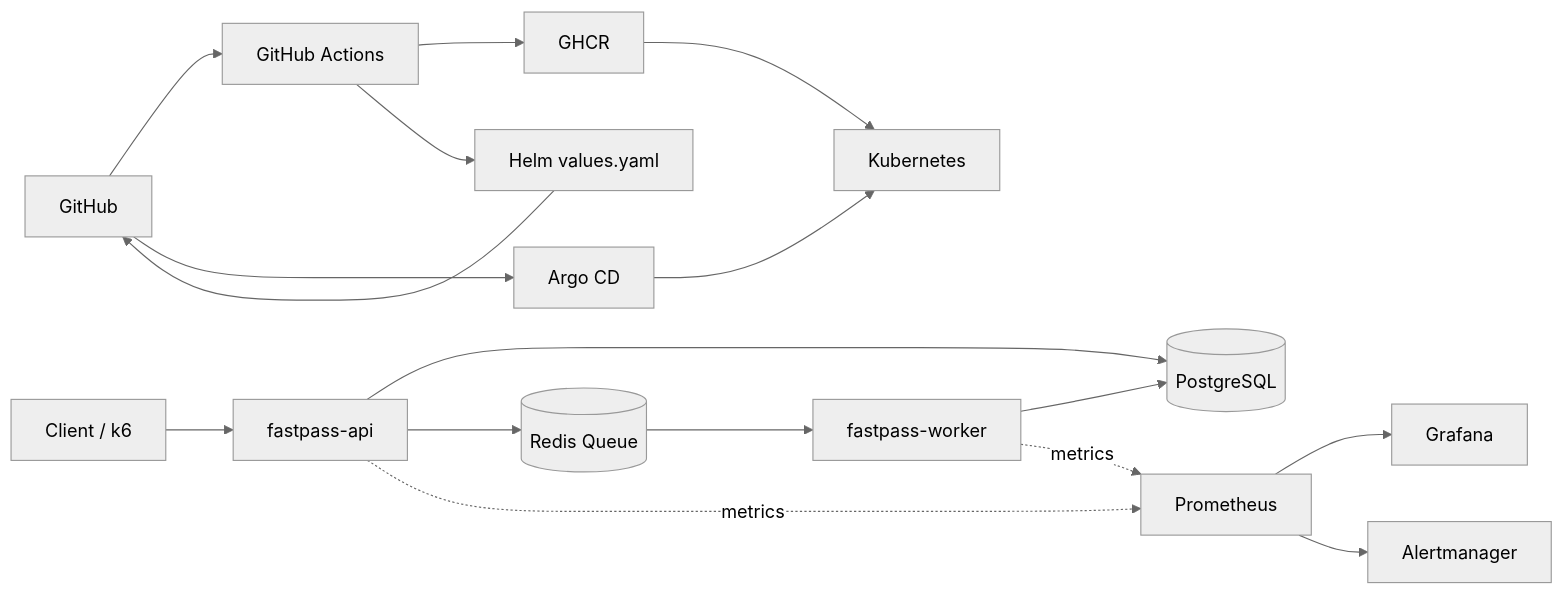
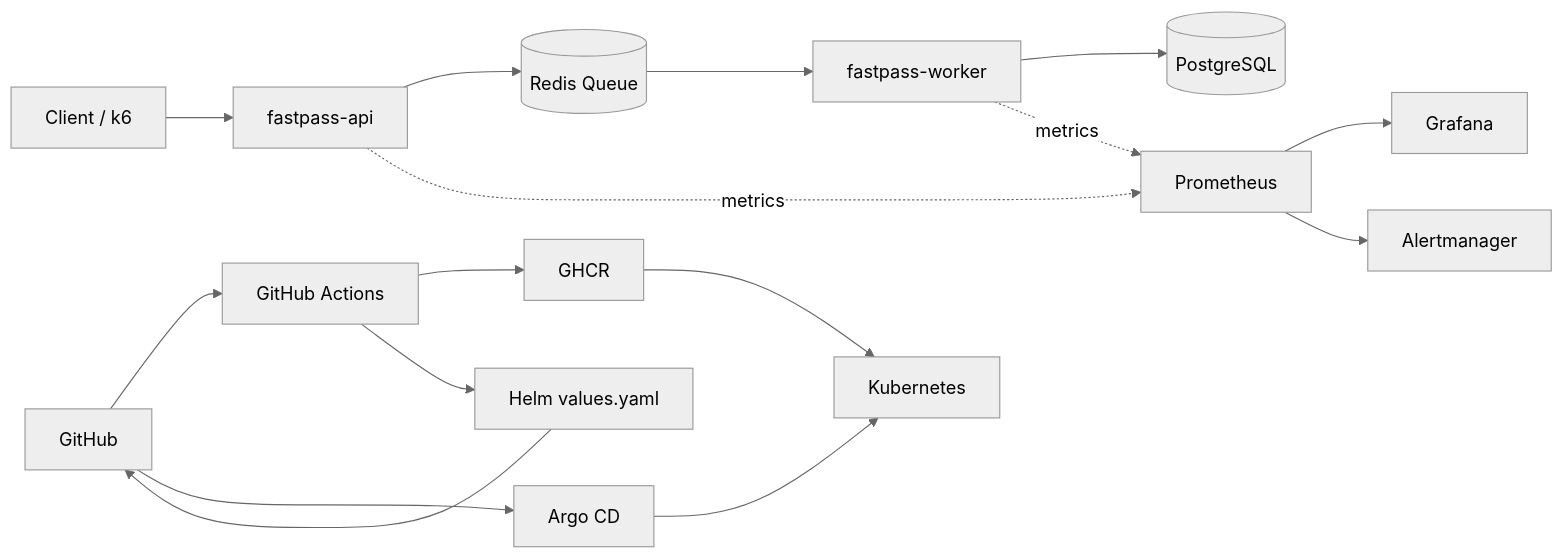
One commit to kdh8128/fastpass-k8s changed the first of 2 diagrams in README_EN.md. Above: the diagram before and after it, drawn with Mermaid (neutral theme). The commit also changed other lines of this file and 4 other files, not shown here.

````diff
--- a/README_EN.md
+++ b/README_EN.md
@@ -22,21 +24,20 @@
 ```mermaid
 flowchart LR
     Client[Client / k6] --> API[fastpass-api]
-    API --> DB[(PostgreSQL)]
     API --> Redis[(Redis Queue)]
     Redis --> Worker[fastpass-worker]
-    Worker --> DB
+    Worker --> DB[(PostgreSQL)]
 
     API -. metrics .-> Prometheus[Prometheus]
     Worker -. metrics .-> Prometheus
     Prometheus --> Grafana[Grafana]
     Prometheus --> Alertmanager[Alertmanager]
 
     GitHub[GitHub] --> Actions[GitHub Actions]
     Actions --> GHCR[GHCR]
     Actions --> Helm[Helm values.yaml]
     Helm --> GitHub
     GitHub --> ArgoCD[Argo CD]
     ArgoCD --> K8s[Kubernetes]
     GHCR --> K8s
 ```
````
